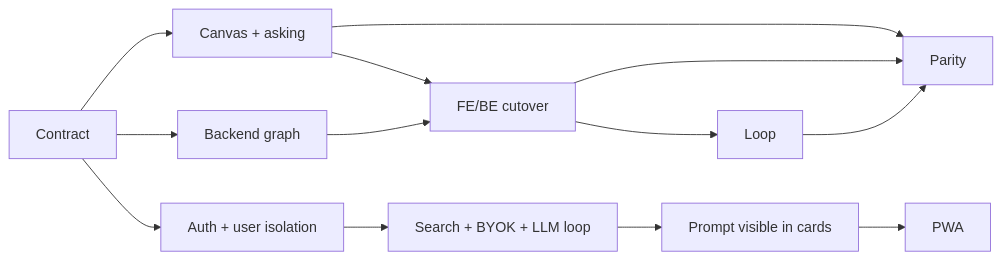
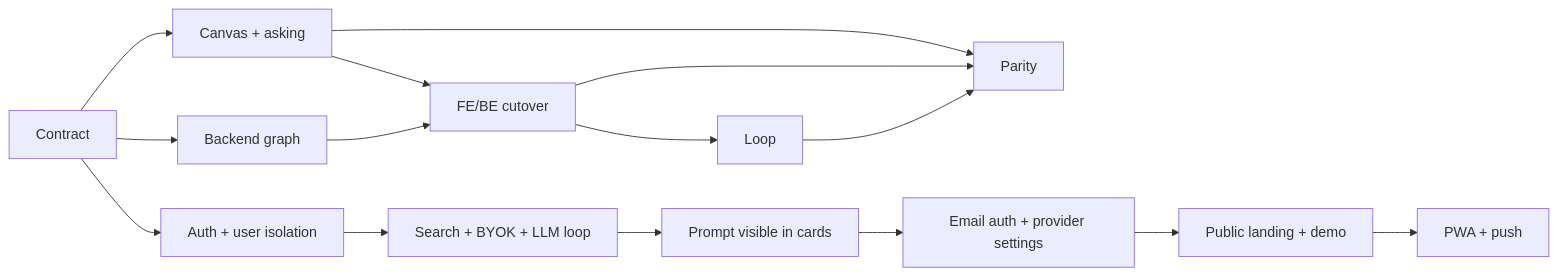
One commit to zacharyLYH/DeepBurrow changed the second of 2 diagrams in docs/PLAN.md. Above: the diagram before and after it, drawn with Mermaid. The commit also changed other lines of this file and 53 other files, not shown here.

````diff
--- a/docs/PLAN.md
+++ b/docs/PLAN.md
@@ -57,15 +61,17 @@
 ```mermaid
 flowchart LR
   C[Contract] --> FE[Canvas + asking]
   C --> BE[Backend graph]
   FE --> Cut[FE/BE cutover]
   BE --> Cut
   Cut --> Loop[Loop]
   FE --> Parity[Parity]
   Cut --> Parity
   Loop --> Parity
   C --> Auth[Auth + user isolation]
   Auth --> Search[Search + BYOK + LLM loop]
   Search --> Prompt[Prompt visible in cards]
-  Prompt --> PWA[PWA]
+  Prompt --> Accounts[Email auth + provider settings]
+  Accounts --> Landing[Public landing + demo]
+  Landing --> PWA[PWA + push]
 ```
````
